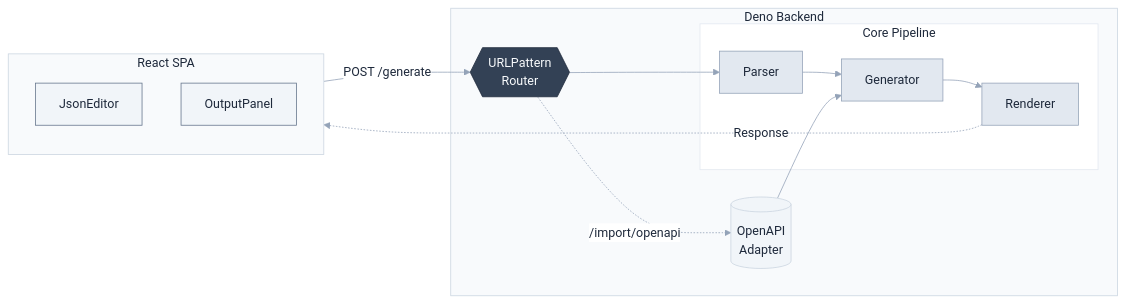
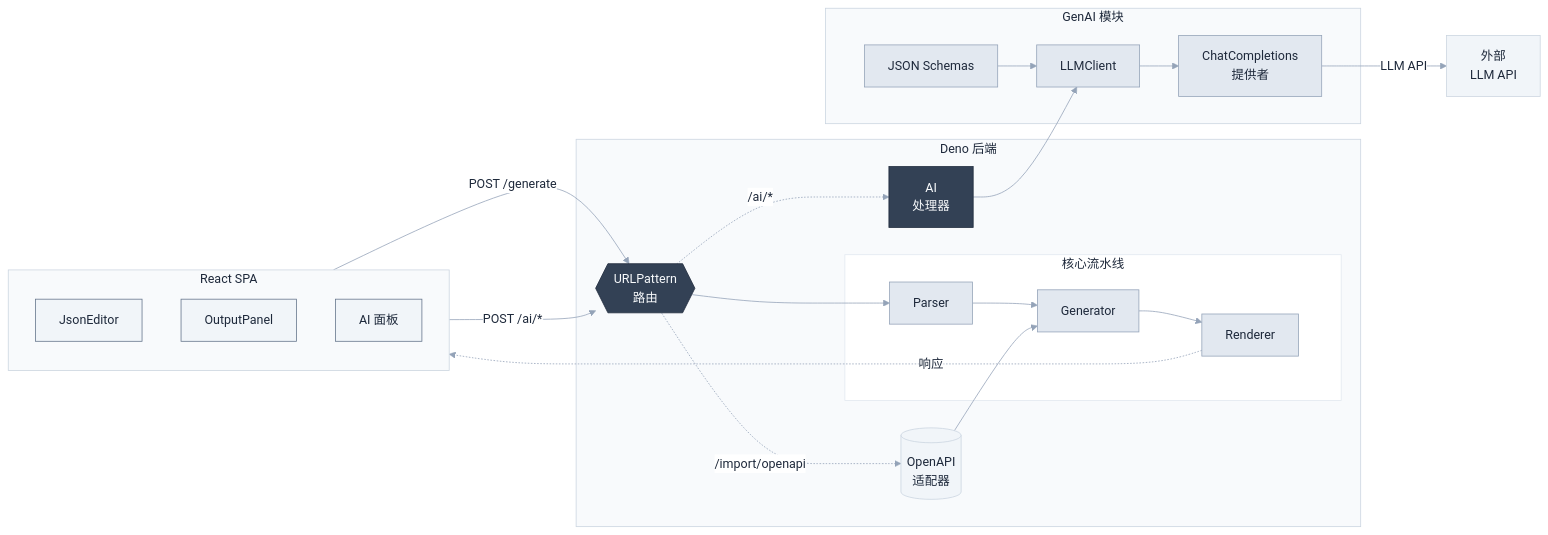
Before and after one commit to phaethix/api-doc-generator: the diagram in docs/README.zh-CN.md, drawn with Mermaid. The commit also changed other lines of this file and 8 other files, not shown here.

````diff
--- a/docs/README.zh-CN.md
+++ b/docs/README.zh-CN.md
@@ -29,32 +47,49 @@
 ```mermaid
 %%{init: {'theme': 'base', 'themeVariables': {'primaryColor': '#F1F5F9', 'primaryTextColor': '#1E293B', 'primaryBorderColor': '#CBD5E0', 'lineColor': '#94A3B8', 'secondaryColor': '#FFFFFF', 'tertiaryColor': '#F8FAFC'}}}%%
 flowchart LR
     subgraph FE["React SPA"]
         Editor[JsonEditor]
         Output[OutputPanel]
+        AIPanel[AI 面板]
     end
 
-    subgraph BE["Deno Backend"]
-        Route{{URLPattern<br/>Router}}
-        subgraph Pipeline["Core Pipeline"]
+    subgraph BE["Deno 后端"]
+        Route{{URLPattern<br/>路由}}
+        subgraph Pipeline["核心流水线"]
             P[Parser] --> G[Generator] --> R[Renderer]
         end
-        Adapter[(OpenAPI<br/>Adapter)]
+        Adapter[(OpenAPI<br/>适配器)]
+        AIHandler[AI<br/>处理器]
+    end
+
+    subgraph GenAI["GenAI 模块"]
+        Client[LLMClient]
+        Provider[ChatCompletions<br/>提供者]
+        Schema[JSON Schemas]
     end
 
     FE -->|POST /generate| Route
+    FE -->|POST /ai/*| Route
     Route --> P
     Route -.->|/import/openapi| Adapter
+    Route -.->|/ai/*| AIHandler
     Adapter --> G
-    R -.->|Response| FE
+    AIHandler --> Client
+    Client --> Provider
+    Provider -->|LLM API| Ext[外部<br/>LLM API]
+    Schema --> Client
+    R -.->|响应| FE
 
     style FE fill:#F8FAFC,stroke:#CBD5E0,stroke-width:1px,color:#1E293B
     style BE fill:#F8FAFC,stroke:#CBD5E0,stroke-width:1px,color:#1E293B
+    style GenAI fill:#F8FAFC,stroke:#CBD5E0,stroke-width:1px,color:#1E293B
     style Pipeline fill:#FFFFFF,stroke:#E2E8F0,stroke-width:1px,color:#1E293B
     classDef nodeFe fill:#F1F5F9,stroke:#64748B,color:#1E293B,stroke-width:1px
     classDef nodeBe fill:#334155,stroke:#1E293B,color:#F8FAFC,stroke-width:1px
     classDef nodePipe fill:#E2E8F0,stroke:#94A3B8,color:#1E293B,stroke-width:1px
-    class Editor,Output nodeFe
-    class Route nodeBe
+    classDef nodeGenAI fill:#E2E8F0,stroke:#94A3B8,color:#1E293B,stroke-width:1px
+    class Editor,Output,AIPanel nodeFe
+    class Route,AIHandler nodeBe
     class P,G,R nodePipe
+    class Client,Provider,Schema nodeGenAI
 ```
````
